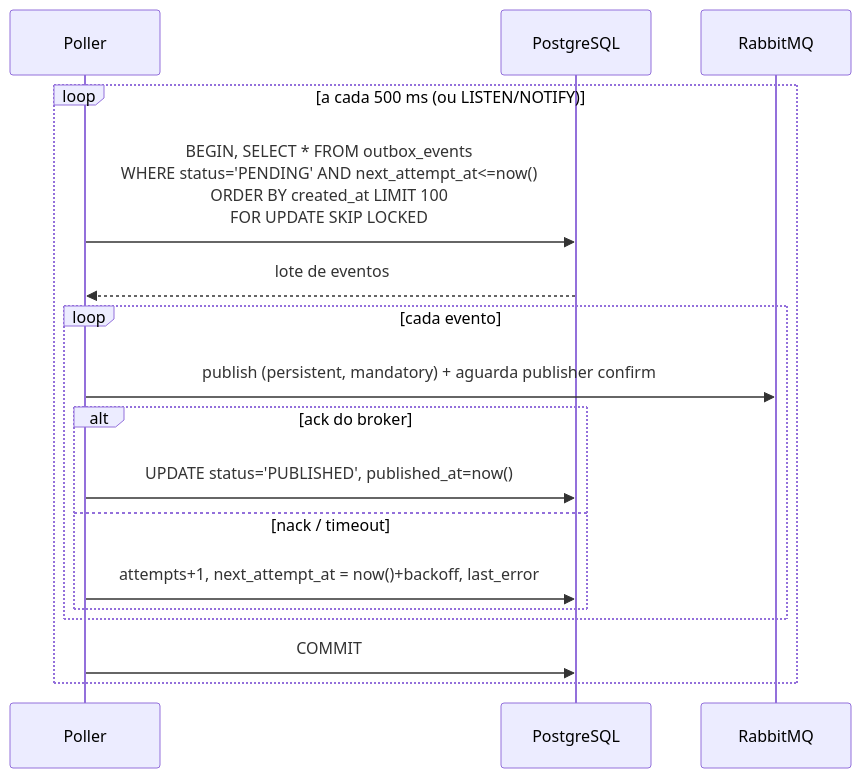
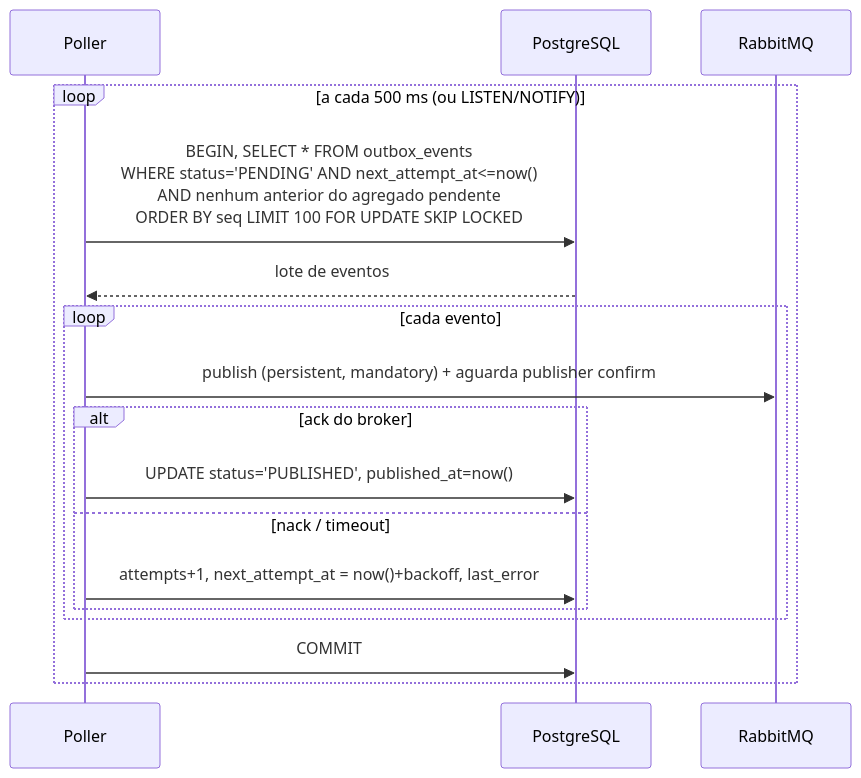
One commit to multiheros/saude-conecta changed the third of 3 diagrams in docs/decisoes-tecnicas/outbox-e-consistencia.md. Above: the diagram before and after it, drawn with Mermaid. The commit also changed other lines of this file and 7 other files, not shown here.

````diff
--- a/docs/decisoes-tecnicas/outbox-e-consistencia.md
+++ b/docs/decisoes-tecnicas/outbox-e-consistencia.md
@@ -146,19 +151,19 @@
 ```mermaid
 sequenceDiagram
     participant W as Poller
     participant DB as PostgreSQL
     participant MQ as RabbitMQ
     loop a cada 500 ms (ou LISTEN/NOTIFY)
-      W->>DB: BEGIN, SELECT * FROM outbox_events<br/>WHERE status='PENDING' AND next_attempt_at<=now()<br/>ORDER BY created_at LIMIT 100<br/>FOR UPDATE SKIP LOCKED
+      W->>DB: BEGIN, SELECT * FROM outbox_events<br/>WHERE status='PENDING' AND next_attempt_at<=now()<br/>AND nenhum anterior do agregado pendente<br/>ORDER BY seq LIMIT 100 FOR UPDATE SKIP LOCKED
       DB-->>W: lote de eventos
       loop cada evento
         W->>MQ: publish (persistent, mandatory) + aguarda publisher confirm
         alt ack do broker
           W->>DB: UPDATE status='PUBLISHED', published_at=now()
         else nack / timeout
           W->>DB: attempts+1, next_attempt_at = now()+backoff, last_error
         end
       end
       W->>DB: COMMIT
     end
 ```
````
